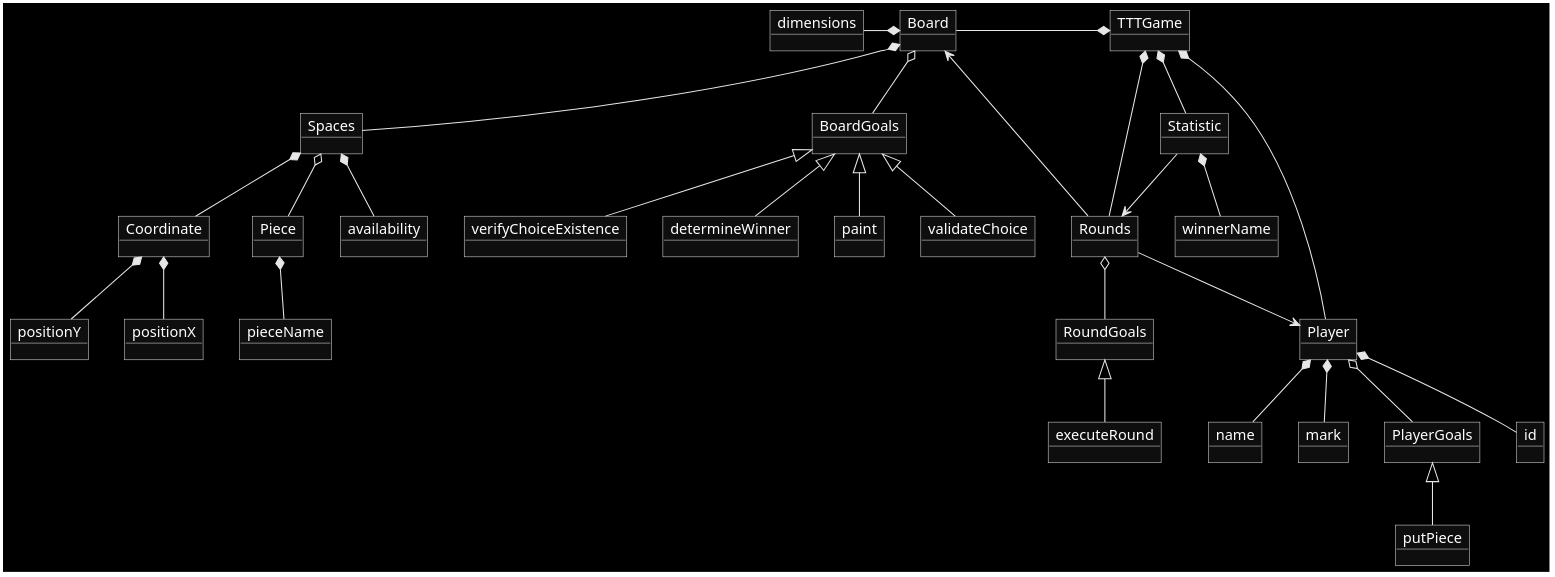
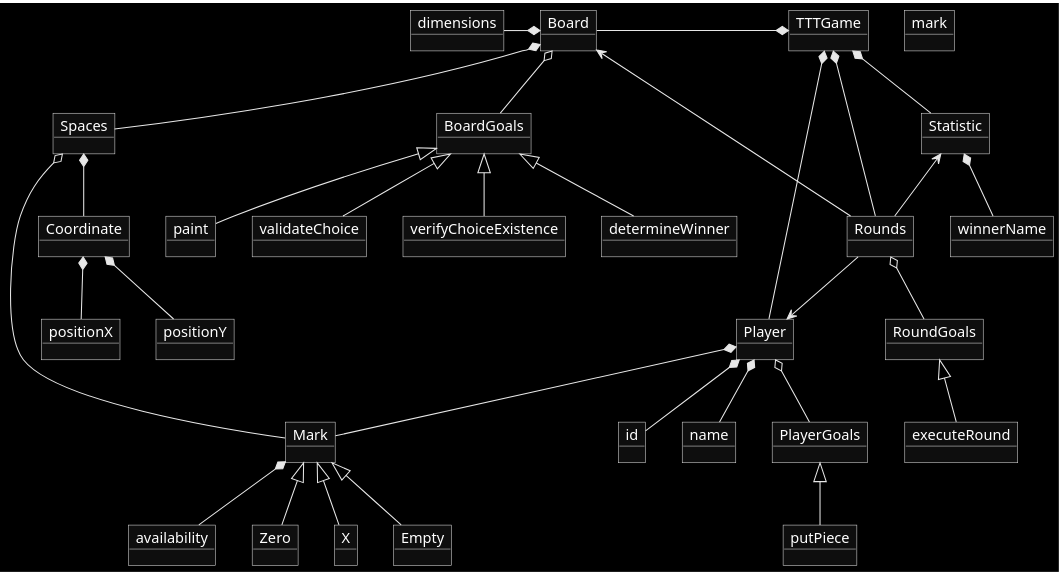
The diagram in docs/DomainModel.wsd (oliver-sierra-telus/DSU-TicTacToe), drawn with PlantUML before and after one commit.

Commit message:
Fix: mark & statistic relation

```diff
--- a/docs/DomainModel.wsd
+++ b/docs/DomainModel.wsd
@@ -1,69 +1,73 @@
 @startuml domainModel
 
 skinparam monochrome reverse
 
 object TTTGame
     object Board
         object dimensions
         object Spaces
-            object availability
             object Coordinate
                 object positionX
                 object positionY
     object BoardGoals
         object paint
         object validateChoice
         object verifyChoiceExistence
         object determineWinner
     object Player
         object id
         object name
         object mark
         object PlayerGoals
             object putPiece
     object Rounds
         object RoundGoals
             object executeRound
-    object Piece
-        object pieceName
+    object Mark
+        object Zero
+        object X
+        object Empty
+        object availability
     object Statistic
         object winnerName
 
 TTTGame *-left- Board
 TTTGame *-- Player
 TTTGame *-- Rounds
 TTTGame *-- Statistic
 
 Board *-left- dimensions
 Board *-- Spaces
 Board o-- BoardGoals
 BoardGoals <|-- paint
 BoardGoals <|-- validateChoice
 BoardGoals <|-- verifyChoiceExistence
 BoardGoals <|-- determineWinner
 
-Spaces *-- availability
 Spaces *-- Coordinate
-Spaces o-- Piece
+Spaces o-- Mark
 
 Coordinate *-- positionX
 Coordinate *-- positionY
 
 Rounds o-- RoundGoals
 Rounds --> Player
 Rounds --> Board
 RoundGoals <|-- executeRound
 
 Player *-- id
 Player *-- name
-Player *-- mark
+Player *-- Mark
 Player o-- PlayerGoals
 PlayerGoals <|-- putPiece
 
-Piece *-- pieceName
+Mark <|-- Zero
+Mark <|-- X
+Mark <|-- Empty
+Mark *-- availability
 
 Statistic *-- winnerName
-Statistic --> Rounds
+Statistic <-- Rounds
 
 
 @enduml
```
